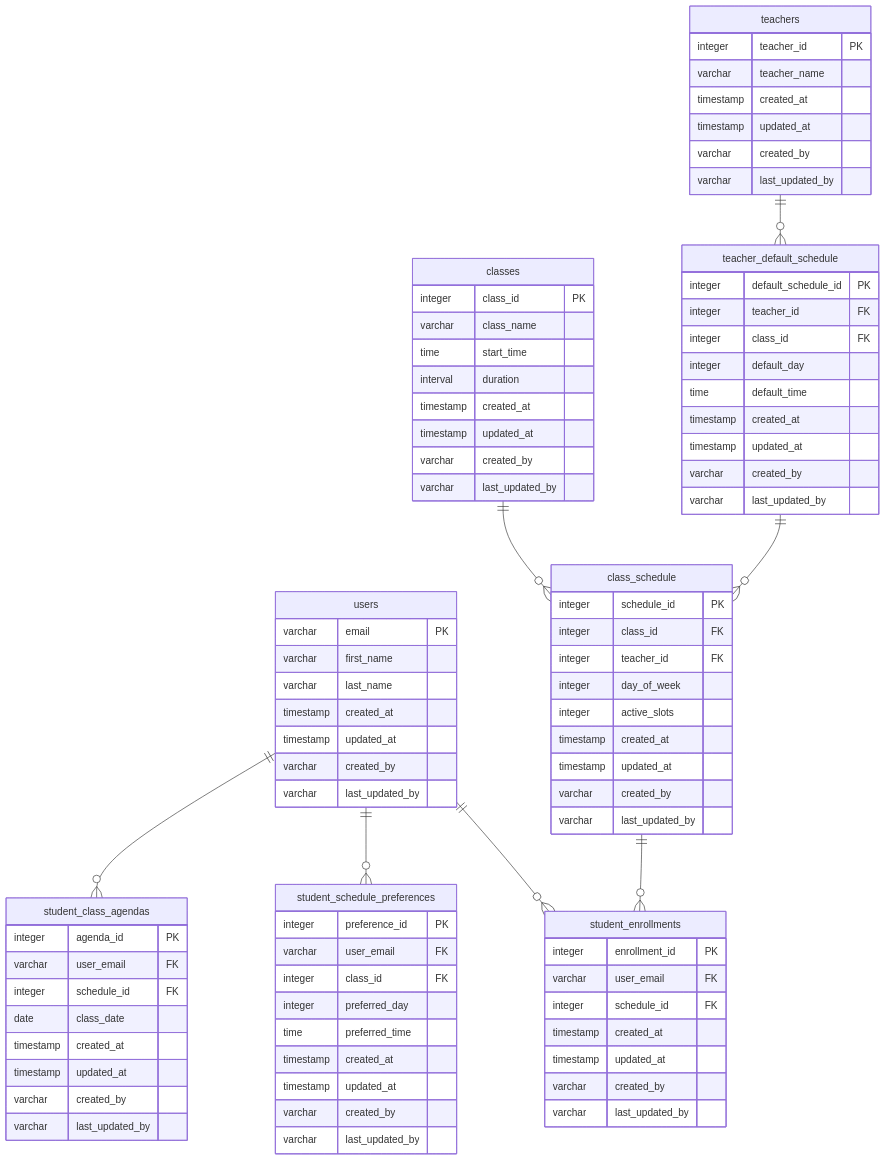
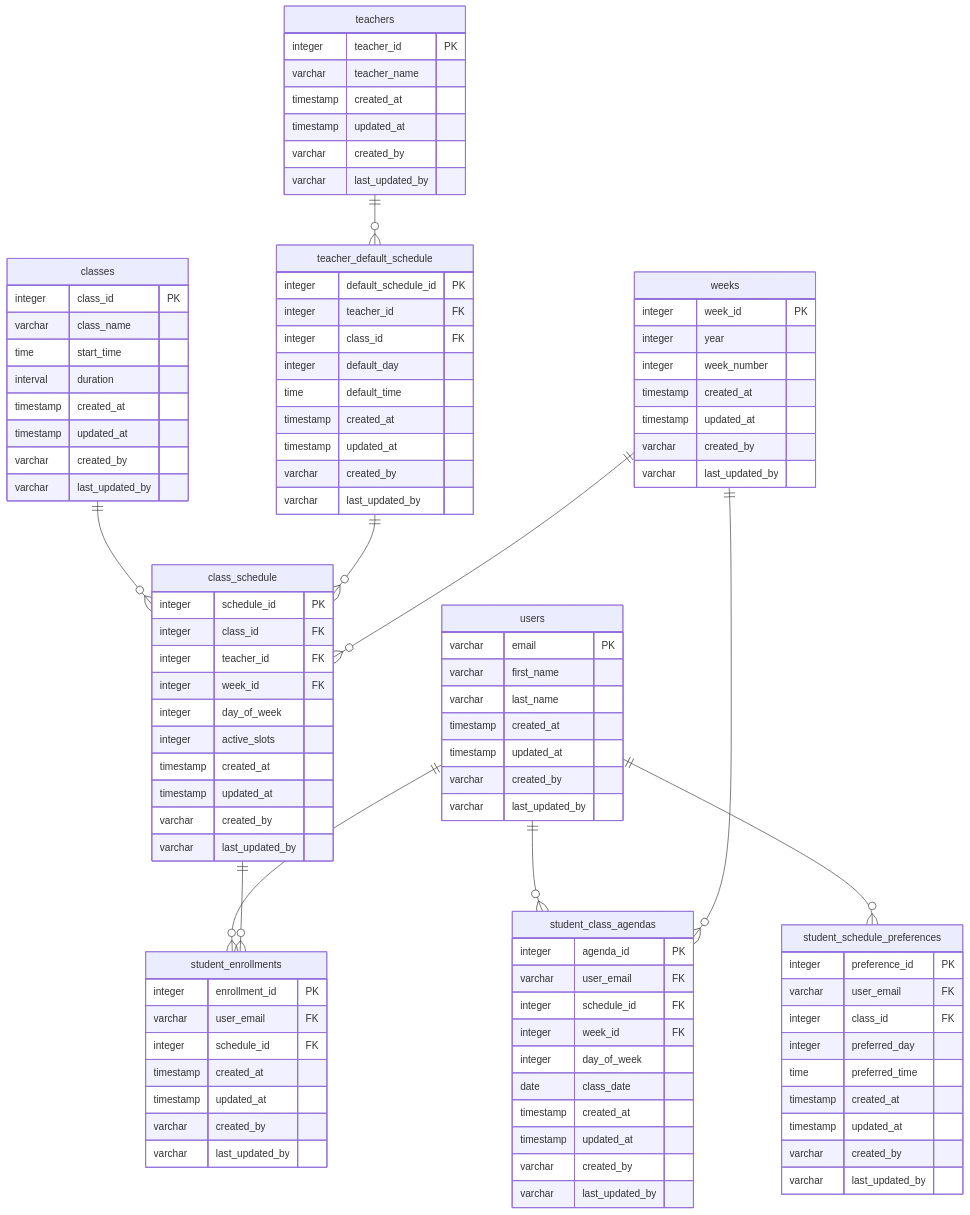
The diagram in data_model.md (dhdtech/padraoandretorres), drawn with Mermaid before and after one commit.

```diff
--- a/data_model.md
+++ b/data_model.md
@@ -7,6 +7,8 @@
     teachers ||--o{ teacher_default_schedule : ""
     teacher_default_schedule ||--o{ class_schedule : ""
     class_schedule ||--o{ student_enrollments : ""
+    weeks ||--o{ class_schedule : ""
+    weeks ||--o{ student_class_agendas : ""
 
     users {
         varchar email PK
@@ -50,10 +52,21 @@
         varchar last_updated_by
     }
 
+    weeks {
+        integer week_id PK
+        integer year
+        integer week_number
+        timestamp created_at
+        timestamp updated_at
+        varchar created_by
+        varchar last_updated_by
+    }
+
     class_schedule {
         integer schedule_id PK
         integer class_id FK
         integer teacher_id FK
+        integer week_id FK
         integer day_of_week
         integer active_slots
         timestamp created_at
@@ -88,6 +101,8 @@
         integer agenda_id PK
         varchar user_email FK
         integer schedule_id FK
+        integer week_id FK
+        integer day_of_week
         date class_date
         timestamp created_at
         timestamp updated_at
```
